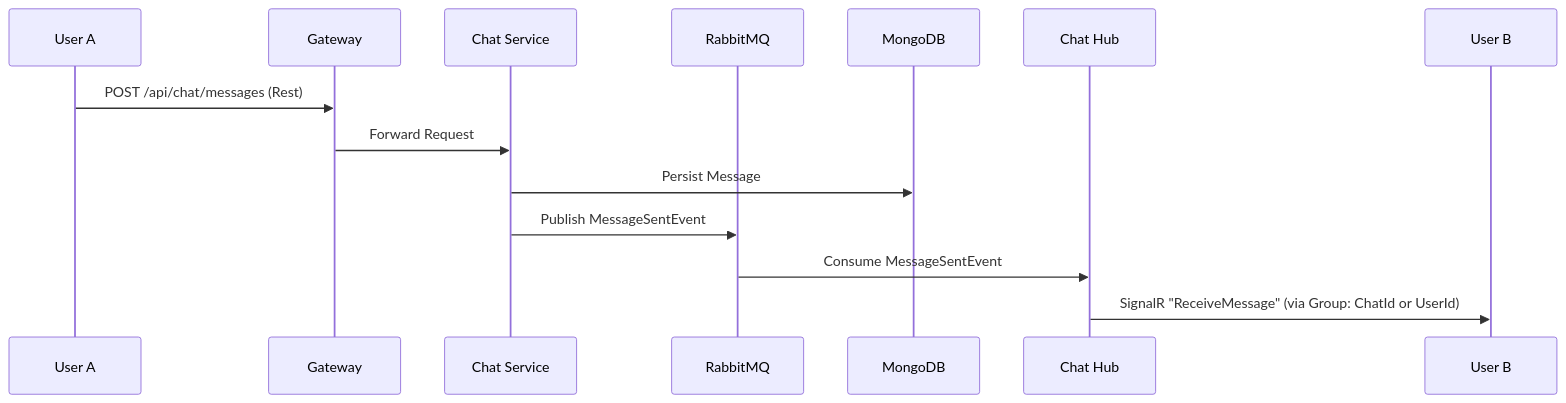
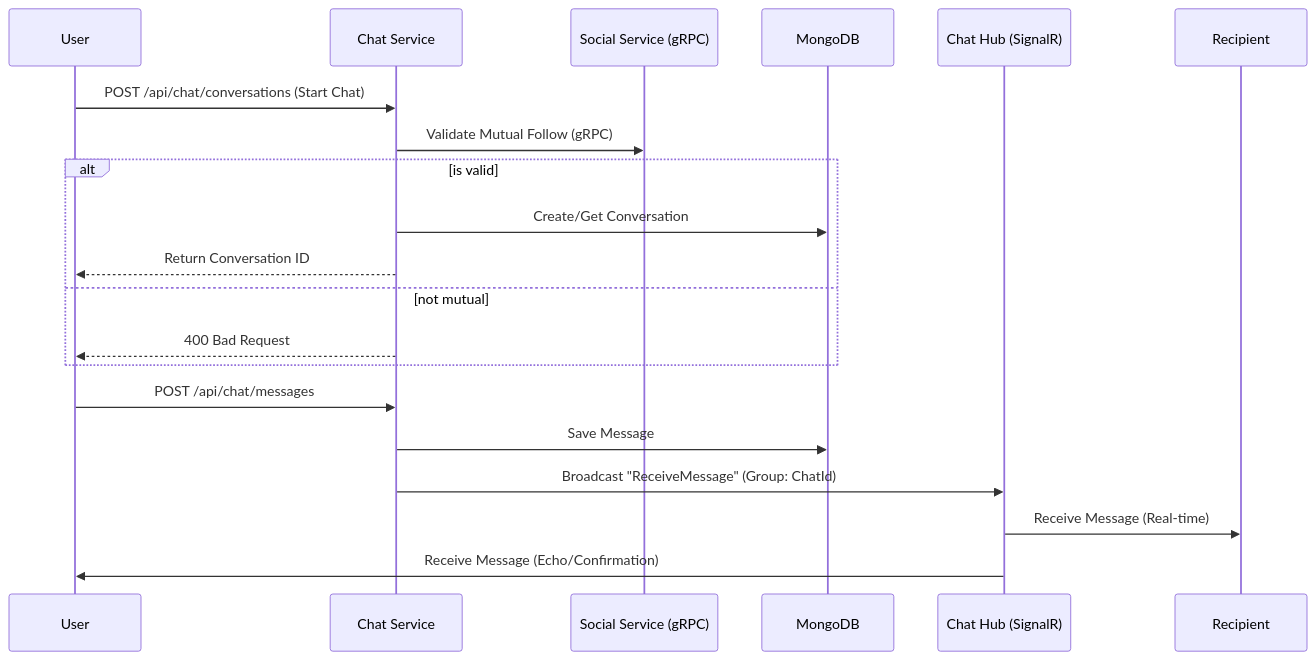
Before and after one commit to yunsi2606/sonixy: the second of 2 diagrams in be/REALTIME_ARCHITECTURE.md, drawn with Mermaid. The commit also changed other lines of this file and 2 other files, not shown here.

First line of the commit message:
doc: update documentation and finalize chat service fixes

````diff
--- a/be/REALTIME_ARCHITECTURE.md
+++ b/be/REALTIME_ARCHITECTURE.md
@@ -51,17 +51,24 @@
 ```mermaid
 sequenceDiagram
-    participant A as User A
-    participant G as Gateway
-    participant C as Chat Service
-    participant B as RabbitMQ
+    participant U as User
+    participant G as Chat Service
+    participant S as Social Service (gRPC)
     participant D as MongoDB
-    participant H as Chat Hub
-    participant R as User B
+    participant H as Chat Hub (SignalR)
+    participant R as Recipient
 
-    A->>G: POST /api/chat/messages (Rest)
-    G->>C: Forward Request
-    C->>D: Persist Message
-    C->>B: Publish MessageSentEvent
-    B->>H: Consume MessageSentEvent
-    H->>R: SignalR "ReceiveMessage" (via Group: ChatId or UserId)
+    U->>G: POST /api/chat/conversations (Start Chat)
+    G->>S: Validate Mutual Follow (gRPC)
+    alt is valid
+        G->>D: Create/Get Conversation
+        G-->>U: Return Conversation ID
+    else not mutual
+        G-->>U: 400 Bad Request
+    end
+
+    U->>G: POST /api/chat/messages
+    G->>D: Save Message
+    G->>H: Broadcast "ReceiveMessage" (Group: ChatId)
+    H->>R: Receive Message (Real-time)
+    H->>U: Receive Message (Echo/Confirmation)
 ```
````
